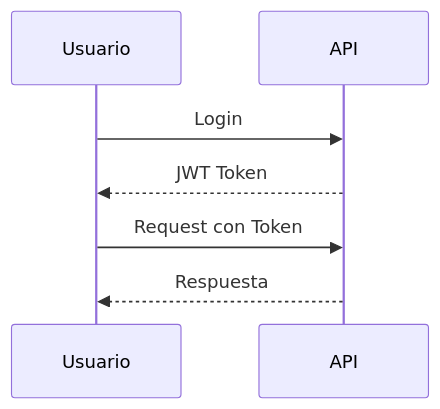
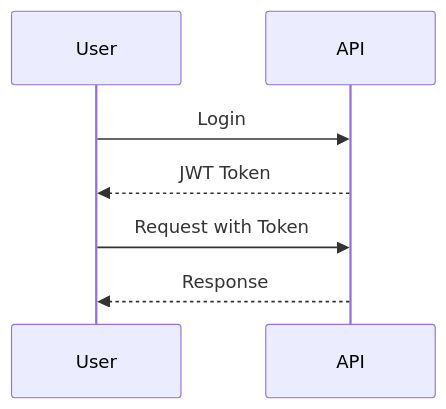
The second of 3 diagrams in README.md (fishercom/CleanArchSolution), drawn with Mermaid before and after one commit. The commit also changed other lines of this file and 140 other files, not shown here.

````diff
--- a/README.md
+++ b/README.md
@@ -31,9 +31,9 @@
 ```mermaid
 sequenceDiagram
-    participant U as Usuario
+    participant U as User
     participant A as API
     U->>A: Login
     A-->>U: JWT Token
-    U->>A: Request con Token
-    A-->>U: Respuesta
+    U->>A: Request with Token
+    A-->>U: Response
 ```
````
